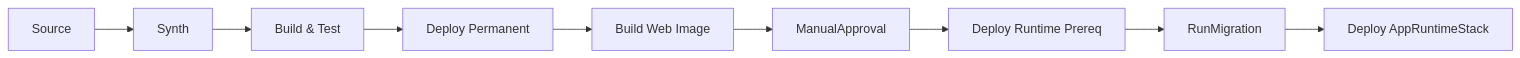
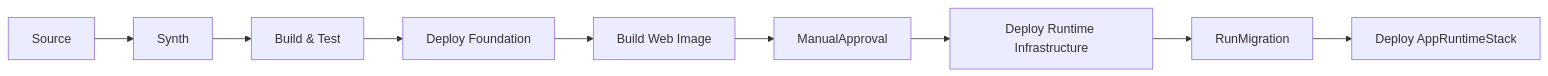
One commit to kyiwanami/workops changed the diagram in docs/implementation/phase2-beta/agent-tasks/P2-beta/P2-beta-09-pipeline-stage-recomposition.md. Above: the diagram before and after it, drawn with Mermaid. The commit also changed other lines of this file and 7 other files, not shown here.

````diff
--- a/docs/implementation/phase2-beta/agent-tasks/P2-beta/P2-beta-09-pipeline-stage-recomposition.md
+++ b/docs/implementation/phase2-beta/agent-tasks/P2-beta/P2-beta-09-pipeline-stage-recomposition.md
@@ -36,11 +36,11 @@
 ```mermaid
 flowchart LR
   Source["Source"] --> Synth["Synth"]
   Synth --> BuildTest["Build & Test"]
-  BuildTest --> Permanent["Deploy Permanent"]
-  Permanent --> BuildWeb["Build Web Image"]
+  BuildTest --> Foundation["Deploy Foundation"]
+  Foundation --> BuildWeb["Build Web Image"]
   BuildWeb --> Approval["ManualApproval"]
-  Approval --> RuntimePrereq["Deploy Runtime Prereq"]
-  RuntimePrereq --> Migration["RunMigration"]
+  Approval --> RuntimeInfrastructure["Deploy Runtime Infrastructure"]
+  RuntimeInfrastructure --> Migration["RunMigration"]
   Migration --> App["Deploy AppRuntimeStack"]
 ```
````
